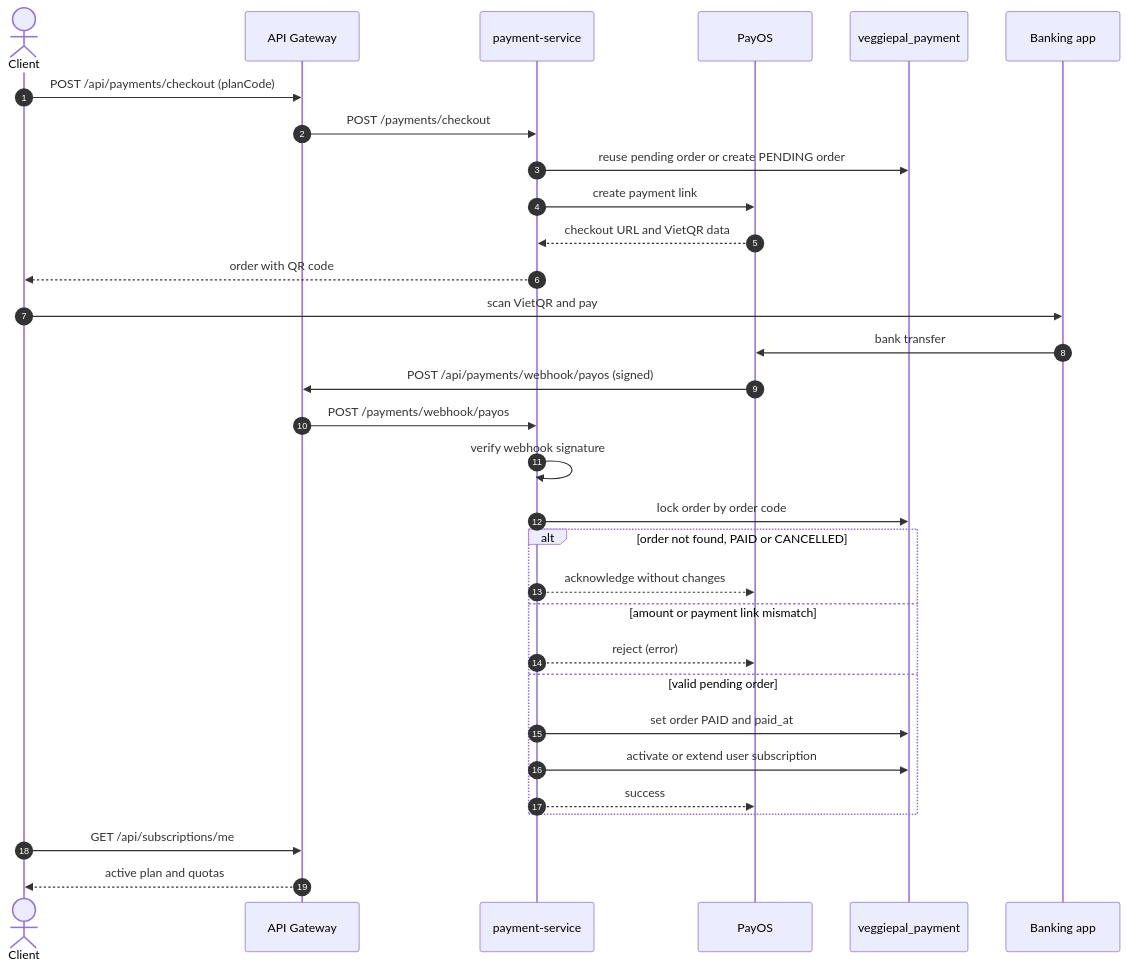
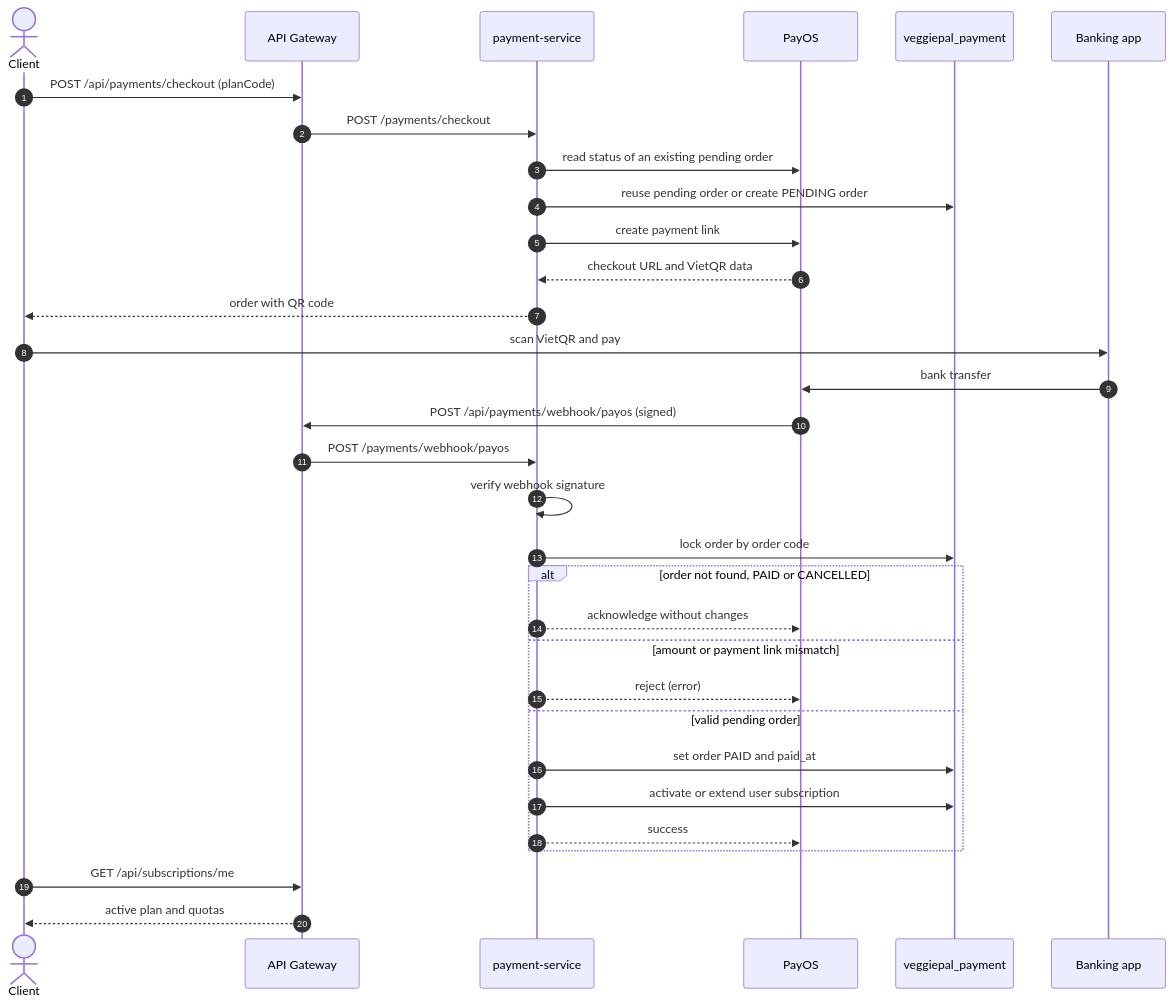
Diagram 26 of 32 in docs/REPORT7_FINAL_PROJECT_REPORT.md (Phu0312/VeggiePal-Microservice), drawn with Mermaid before and after one commit. The commit also changed other lines of this file and 14 other files, not shown here.

````diff
--- a/docs/REPORT7_FINAL_PROJECT_REPORT.md
+++ b/docs/REPORT7_FINAL_PROJECT_REPORT.md
@@ -2328,34 +2294,35 @@
 ```mermaid
 sequenceDiagram
     autonumber
     actor C as Client
     participant GW as API Gateway
     participant PA as payment-service
     participant PO as PayOS
     participant DB as veggiepal_payment
     participant B as Banking app
 
     C->>GW: POST /api/payments/checkout (planCode)
     GW->>PA: POST /payments/checkout
+    PA->>PO: read status of an existing pending order
     PA->>DB: reuse pending order or create PENDING order
     PA->>PO: create payment link
     PO-->>PA: checkout URL and VietQR data
     PA-->>C: order with QR code
     C->>B: scan VietQR and pay
     B->>PO: bank transfer
     PO->>GW: POST /api/payments/webhook/payos (signed)
     GW->>PA: POST /payments/webhook/payos
     PA->>PA: verify webhook signature
     PA->>DB: lock order by order code
     alt order not found, PAID or CANCELLED
         PA-->>PO: acknowledge without changes
     else amount or payment link mismatch
         PA-->>PO: reject (error)
     else valid pending order
         PA->>DB: set order PAID and paid_at
         PA->>DB: activate or extend user subscription
         PA-->>PO: success
     end
     C->>GW: GET /api/subscriptions/me
     GW-->>C: active plan and quotas
 ```
````
